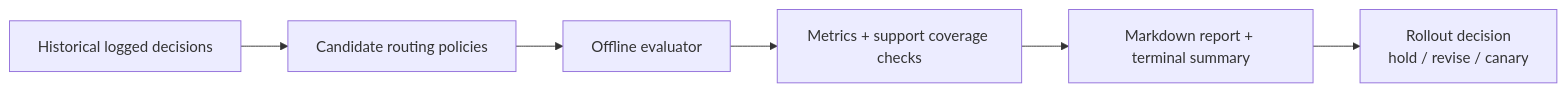
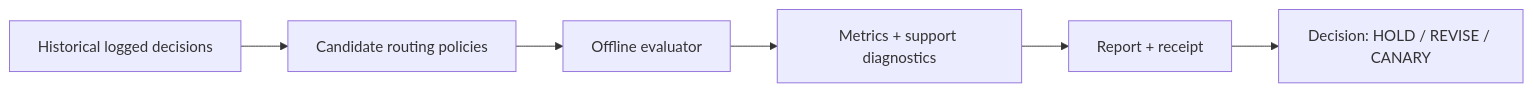
Before and after one commit to dgenio/agent-routing-eval-lab: the diagram in README.md, drawn with Mermaid. The commit also changed other lines of this file and 1 other file, not shown here.

````diff
--- a/README.md
+++ b/README.md
@@ -25,8 +29,8 @@
 ```mermaid
 flowchart LR
     A[Historical logged decisions] --> B[Candidate routing policies]
     B --> C[Offline evaluator]
-    C --> D[Metrics + support coverage checks]
-    D --> E[Markdown report + terminal summary]
-    E --> F[Rollout decision \n hold / revise / canary]
+    C --> D[Metrics + support diagnostics]
+    D --> E[Report + receipt]
+    E --> F[Decision: HOLD / REVISE / CANARY]
 ```
````
